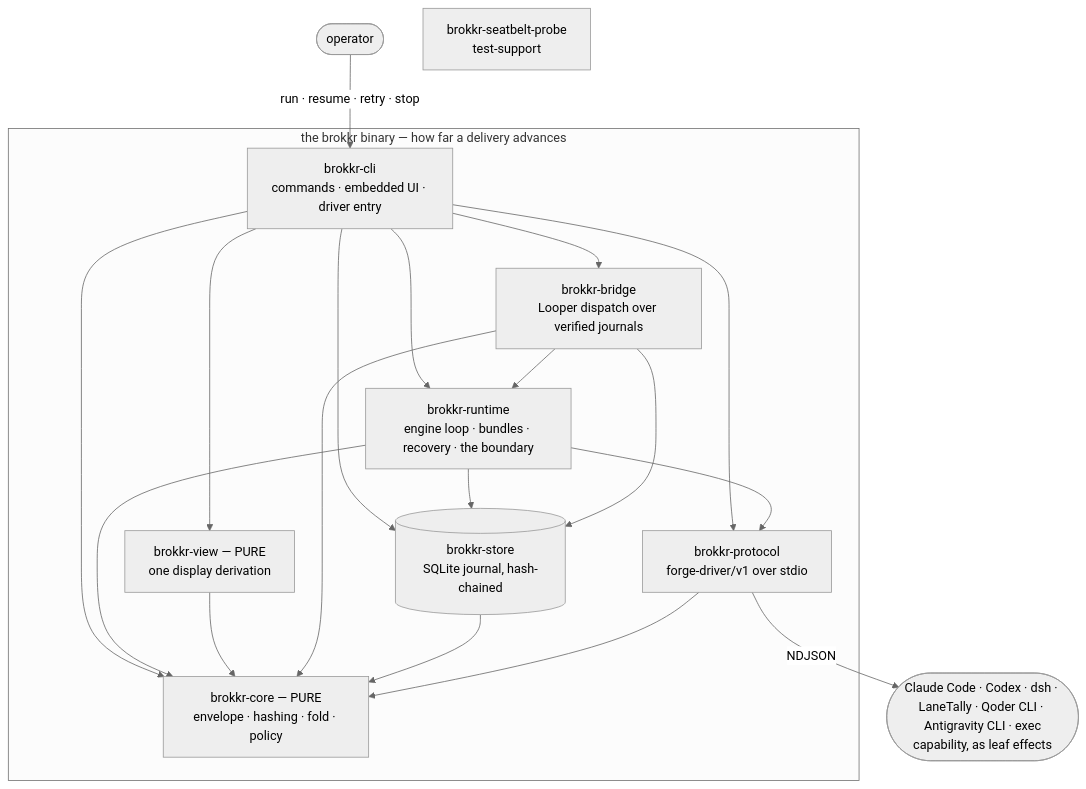
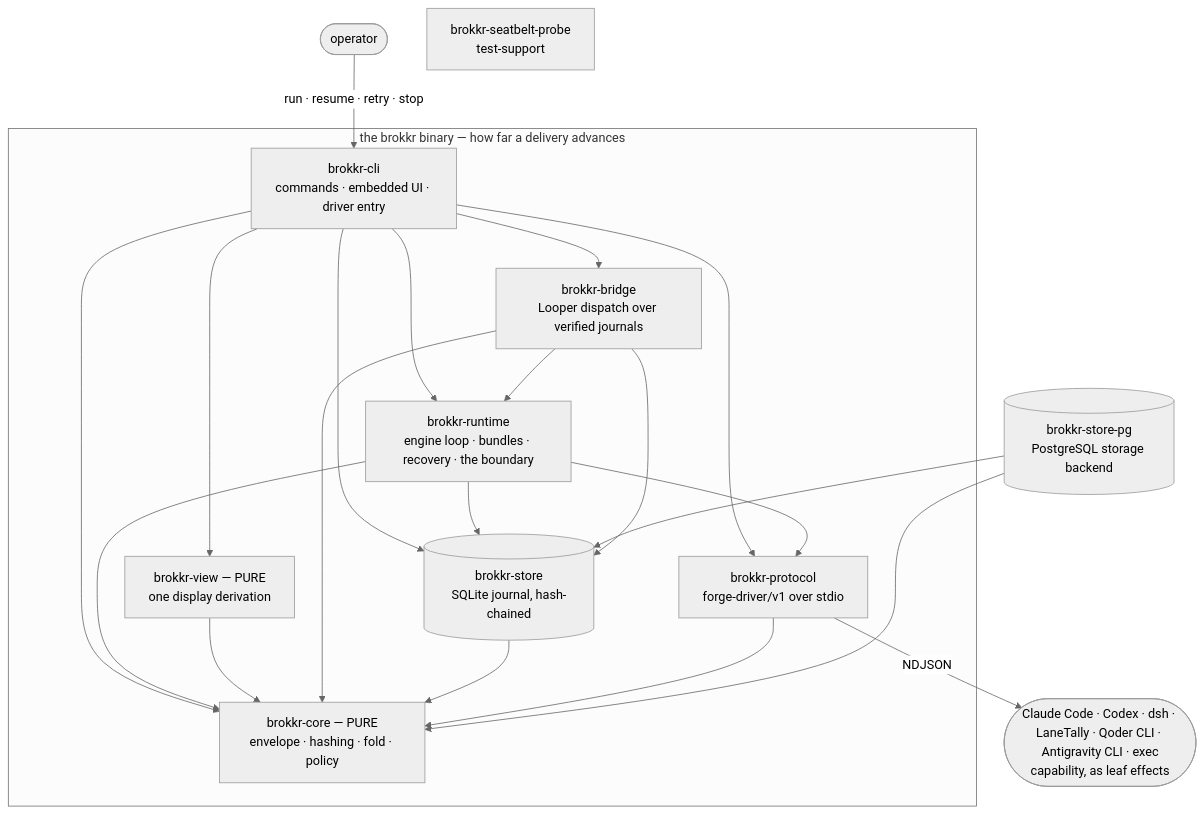
One commit to feedback-loop-ai/brokkr changed the first of 8 diagrams in ARCHITECTURE.md. Above: the diagram before and after it, drawn with Mermaid (neutral theme). The commit also changed 42 other files, not shown here.

Commit message:
store-pg: add synchronous PostgreSQL backend crate over v3 wire protocol (decision 0126, slice 3, #1362)

````diff
--- a/ARCHITECTURE.md
+++ b/ARCHITECTURE.md
@@ -23,21 +23,23 @@
 ```mermaid
 flowchart TB
   operator([operator]) -- "run · resume · retry · stop" --> cli
   subgraph binary["the brokkr binary — how far a delivery advances"]
     cli["brokkr-cli<br/>commands · embedded UI · driver entry"]
     runtime["brokkr-runtime<br/>engine loop · bundles · recovery · the boundary"]
     core["brokkr-core — PURE<br/>envelope · hashing · fold · policy"]
     store[("brokkr-store<br/>SQLite journal, hash-chained")]
     protocol["brokkr-protocol<br/>forge-driver/v1 over stdio"]
     view["brokkr-view — PURE<br/>one display derivation"]
     bridge["brokkr-bridge<br/>Looper dispatch over verified journals"]
     cli --> runtime & view & bridge & core & store & protocol
     runtime --> core & store & protocol
     view --> core
     bridge --> core & store & runtime
     store --> core
     protocol --> core
   end
   protocol -- "NDJSON" --> harness([Claude Code · Codex · dsh · LaneTally · Qoder CLI · Antigravity CLI · exec<br/>capability, as leaf effects])
+  store-pg[("brokkr-store-pg<br/>PostgreSQL storage backend")]
+  store-pg --> core & store
   seatbelt-probe["brokkr-seatbelt-probe<br/>test-support"]
 ```
````
